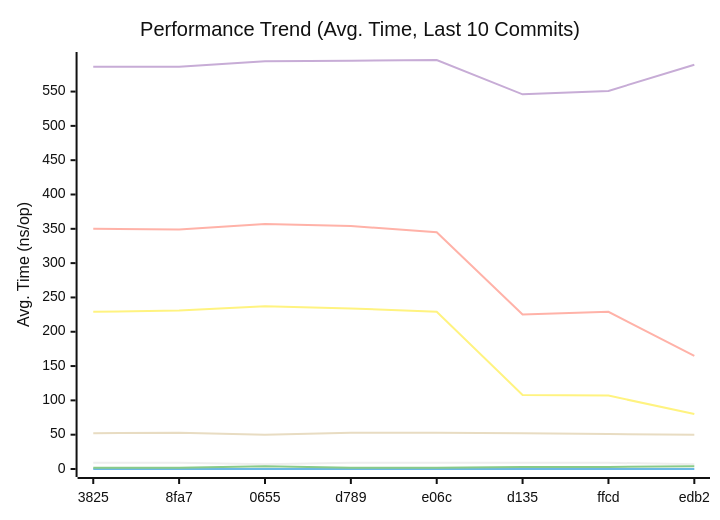
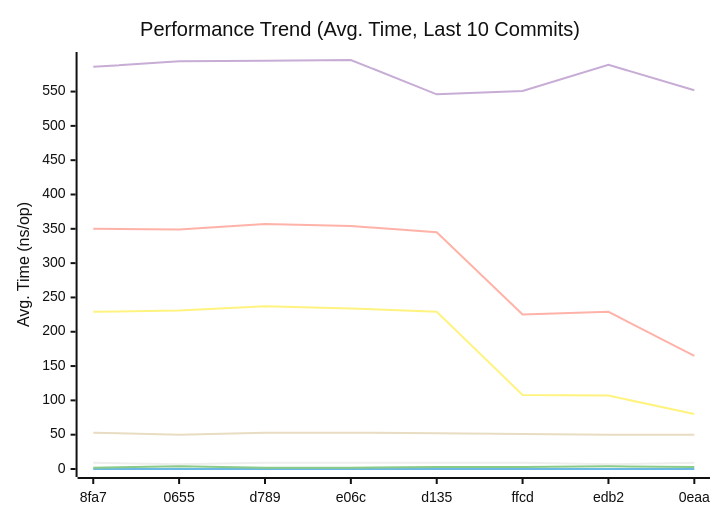
One commit to alsotoes/momo changed the first of 3 diagrams in docs/README.md. Above: the diagram before and after it, drawn with Mermaid (neutral theme). The commit also changed other lines of this file and 1 other file, not shown here.

````diff
--- a/docs/README.md
+++ b/docs/README.md
@@ -303,14 +303,14 @@
 ```mermaid
 xychart-beta
     title "Performance Trend (Avg. Time, Last 10 Commits)"
     x-axis "Commit"
     y-axis "Avg. Time (ns/op)"
-    x-axis [3825,8fa7,0655,d789,e06c,d135,ffcd,edb2]
-    line "CheckMetricsAndSwap" [9,9,7,9,9,9,9,7,9,9]
+    x-axis [8fa7,0655,d789,e06c,d135,ffcd,edb2,0eaa]
+    line "CheckMetricsAndSwap" [9,7,9,9,9,9,7,9,9,7]
     line "IndexDirectTracking" [0,0,0,0,0,0,0,0,0,0]
-    line "IndexSearch" [2,2,4,2,2,3,3,4,3,3]
-    line "LoadGlobalConfig" [586,586,594,595,596,546,551,589,552,546]
-    line "PadString" [52,53,50,53,53,52,51,50,50,50]
+    line "IndexSearch" [2,4,2,2,3,3,4,3,3,4]
+    line "LoadGlobalConfig" [586,594,595,596,546,551,589,552,546,588]
+    line "PadString" [53,50,53,53,52,51,50,50,50,50]
     line "ParseReplicationOrder_NoPrealloc" [350,349,357,354,345,225,229,165,232,234]
     line "ParseReplicationOrder_Prealloc" [229,231,237,234,229,108,107,80,110,109]
 ```
````
